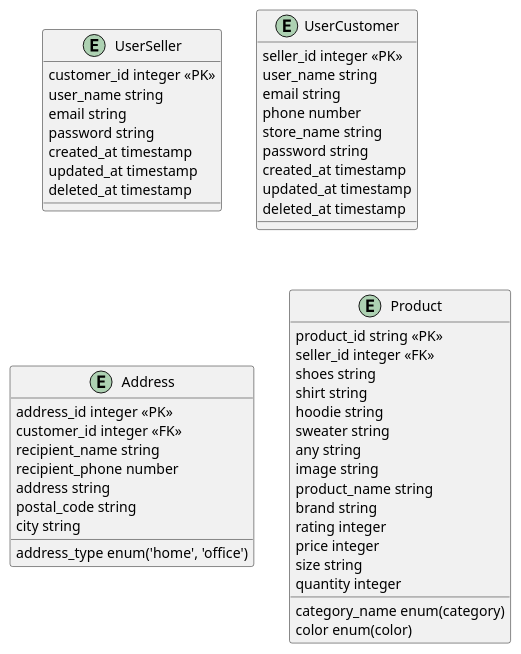
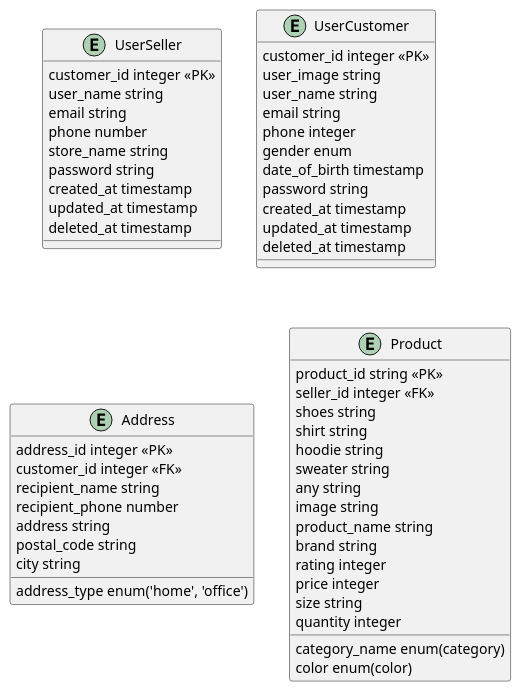
The diagram in datahandler/tabledata/paybook_database.puml (maulanazn/blanja-api), drawn with PlantUML before and after one commit. The commit also changed 17 other files, not shown here.

```diff
--- a/datahandler/tabledata/paybook_database.puml
+++ b/datahandler/tabledata/paybook_database.puml
@@ -1,55 +1,59 @@
 @startuml WhiteSmoke
 
 entity UserSeller {
     customer_id integer <<PK>>
     user_name string
     email string
+    phone number
+    store_name string
     password string
     created_at timestamp
     updated_at timestamp
     deleted_at timestamp
 }
 
 entity UserCustomer {
-    seller_id integer <<PK>>
+    customer_id integer <<PK>>
+    user_image string
     user_name string
     email string
-    phone number
-    store_name string
+    phone integer
+    gender enum
+    date_of_birth timestamp
     password string
     created_at timestamp
     updated_at timestamp
     deleted_at timestamp
 }
 
 entity Address {
     address_id integer <<PK>>
     customer_id integer <<FK>>
     address_type enum('home', 'office')
     recipient_name string
     recipient_phone number
     address string
     postal_code string
     city string
 }
 
 entity Product {
     product_id string <<PK>>
     seller_id integer <<FK>>
     category_name enum(category)
     shoes string
     shirt string
     hoodie string
     sweater string
     any string
     image string
     product_name string
     brand string
     rating integer
     price integer
     color enum(color)
     size string
     quantity integer
 }
 
 @enduml
```
